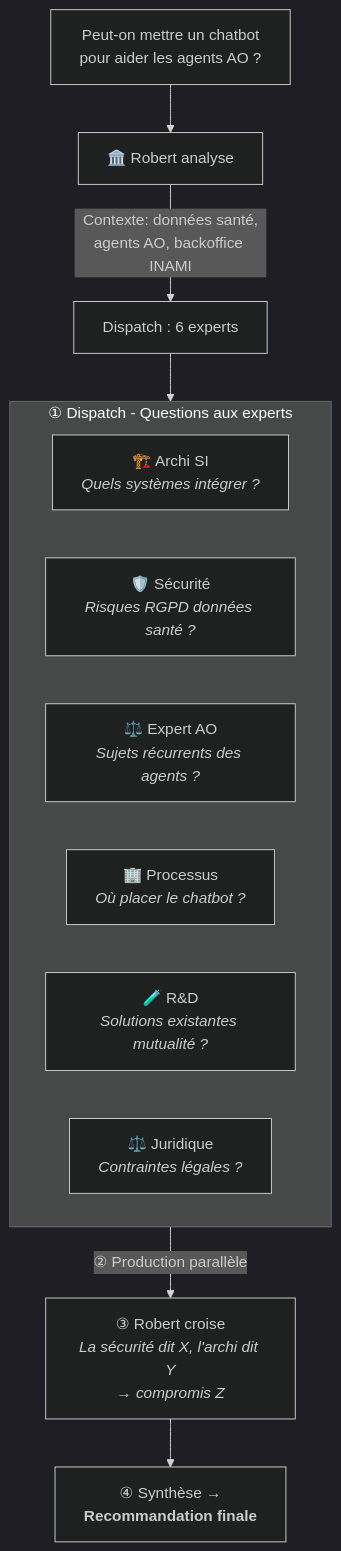
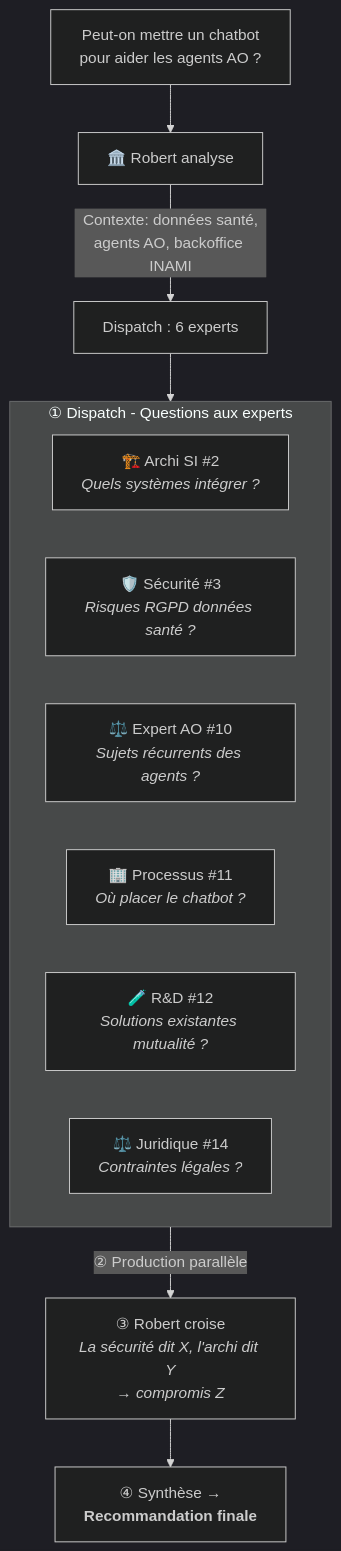
Before and after one commit to christophedanhier-hash/BAVI_LEO: the second of 2 diagrams in docs/wiki/agent-pro/bureau-robert/evolution-bureau-robert-v2-ia-business.md, drawn with Mermaid (dark theme). The commit also changed other lines of this file, not shown here.

Commit message:
bureau-robert: expert AO #5 -> pool Business #10 + renumérotation

````diff
--- a/docs/wiki/agent-pro/bureau-robert/evolution-bureau-robert-v2-ia-business.md
+++ b/docs/wiki/agent-pro/bureau-robert/evolution-bureau-robert-v2-ia-business.md
@@ -67,21 +67,21 @@
 ```mermaid
 flowchart TB
     Q["Peut-on mettre un chatbot<br>pour aider les agents AO ?"]
 
     Q --> R[🏛️ Robert analyse]
     R -->|Contexte: données santé,<br>agents AO, backoffice INAMI| D[Dispatch : 6 experts]
 
     subgraph DISPATCH [① Dispatch - Questions aux experts]
-        A2["🏗️ Archi SI<br><i>Quels systèmes intégrer ?</i>"]
-        A3["🛡️ Sécurité<br><i>Risques RGPD données santé ?</i>"]
-        A5["⚖️ Expert AO<br><i>Sujets récurrents des agents ?</i>"]
-        A8["🏢 Processus<br><i>Où placer le chatbot ?</i>"]
-        A9["🧪 R&D<br><i>Solutions existantes mutualité ?</i>"]
-        A11["⚖️ Juridique<br><i>Contraintes légales ?</i>"]
+        A2["🏗️ Archi SI #2<br><i>Quels systèmes intégrer ?</i>"]
+        A3["🛡️ Sécurité #3<br><i>Risques RGPD données santé ?</i>"]
+        A10["⚖️ Expert AO #10<br><i>Sujets récurrents des agents ?</i>"]
+        A11["🏢 Processus #11<br><i>Où placer le chatbot ?</i>"]
+        A12["🧪 R&D #12<br><i>Solutions existantes mutualité ?</i>"]
+        A14["⚖️ Juridique #14<br><i>Contraintes légales ?</i>"]
     end
 
     D --> DISPATCH
 
     DISPATCH -->|② Production parallèle| CROISE[③ Robert croise<br><i>La sécurité dit X, l'archi dit Y<br>→ compromis Z</i>]
     CROISE --> SYN[④ Synthèse →<br><b>Recommandation finale</b>]
 ```
````
